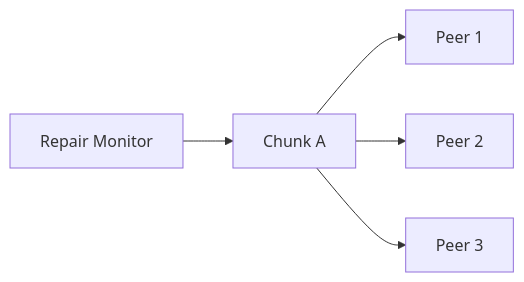
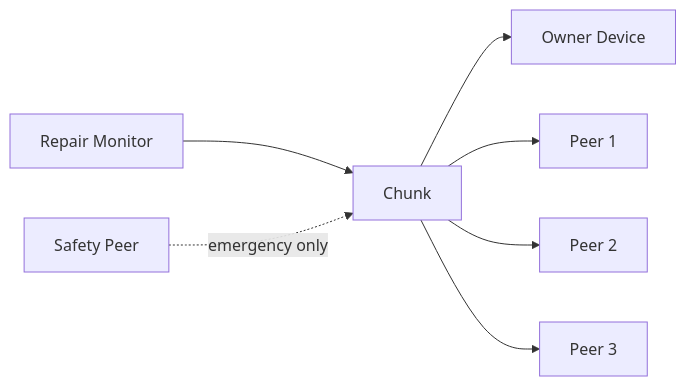
The fourth of 4 diagrams in المرجع.md (DiyaAshour/p2p-cloud), drawn with Mermaid before and after one commit. The commit also changed other lines of this file, not shown here.

````diff
--- a/المرجع.md
+++ b/المرجع.md
@@ -365,7 +442,9 @@
 ```mermaid
 flowchart LR
-    Chunk[Chunk A] --> Peer1[Peer 1]
+    Chunk[Chunk] --> Owner[Owner Device]
+    Chunk --> Peer1[Peer 1]
     Chunk --> Peer2[Peer 2]
     Chunk --> Peer3[Peer 3]
-    Monitor[Repair Monitor] --> Chunk
+    Repair[Repair Monitor] --> Chunk
+    Safety[Safety Peer] -. emergency only .-> Chunk
 ```
````
